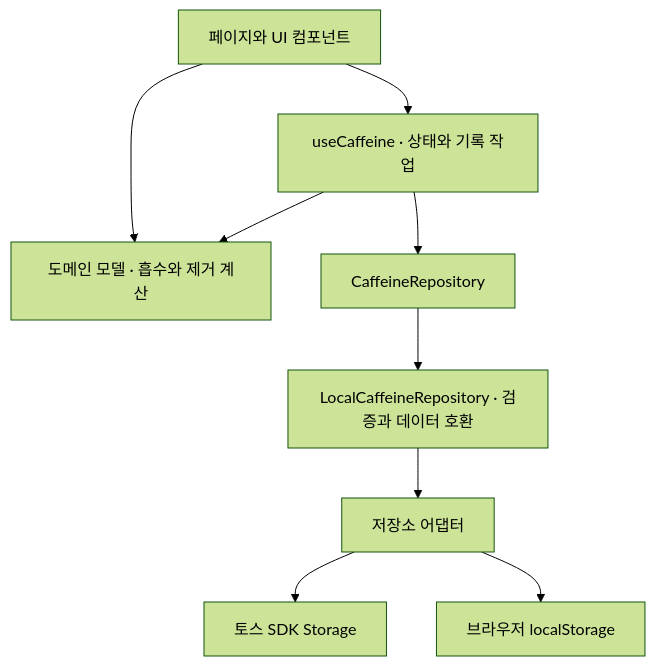
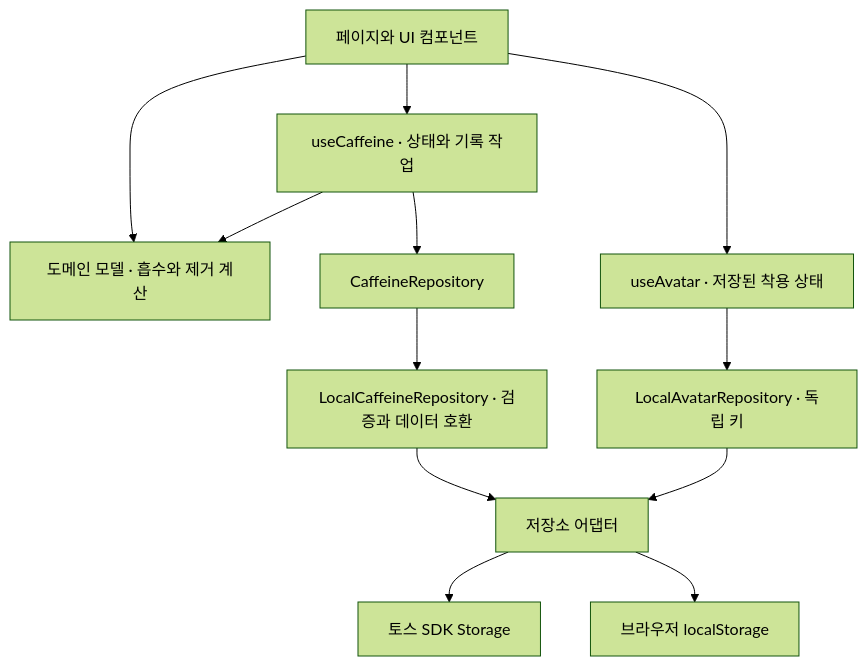
One commit to whitewise95/caffeine-tracking changed the diagram in README.md. Above: the diagram before and after it, drawn with Mermaid (forest theme). The commit also changed other lines of this file and 39 other files, not shown here.

````diff
--- a/README.md
+++ b/README.md
@@ -118,11 +126,14 @@
 ```mermaid
 flowchart TD
     UI[페이지와 UI 컴포넌트] --> Hook[useCaffeine · 상태와 기록 작업]
     UI --> Model[도메인 모델 · 흡수와 제거 계산]
     Hook --> Model
     Hook --> Repo[CaffeineRepository]
     Repo --> Local[LocalCaffeineRepository · 검증과 데이터 호환]
     Local --> Storage[저장소 어댑터]
+    UI --> Avatar[useAvatar · 저장된 착용 상태]
+    Avatar --> AvatarRepo[LocalAvatarRepository · 독립 키]
+    AvatarRepo --> Storage
     Storage --> Toss[토스 SDK Storage]
     Storage --> Browser[브라우저 localStorage]
 ```
````
